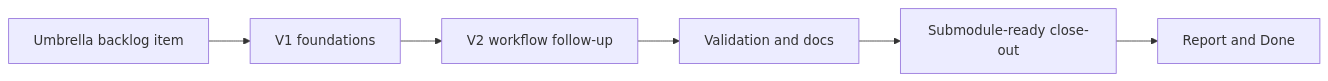
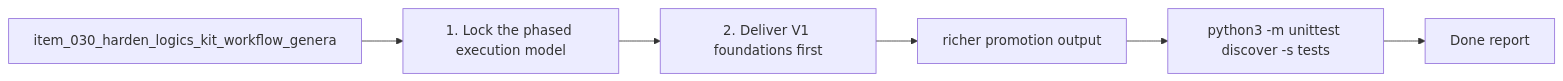
The diagram in logics/tasks/task_024_harden_logics_kit_workflow_generation_and_governance_from_real_usage.md (AlexAgo83/logics-manager), drawn with Mermaid before and after one commit. The commit also changed other lines of this file and 481 other files, not shown here.

Commit message:
Normalize Logics docs and workflow indicators

````diff
--- a/logics/tasks/task_024_harden_logics_kit_workflow_generation_and_governance_from_real_usage.md
+++ b/logics/tasks/task_024_harden_logics_kit_workflow_generation_and_governance_from_real_usage.md
@@ -21,9 +22,10 @@
 ```mermaid
+%% logics-kind: task
 %% logics-signature: task|harden-logics-kit-workflow-generation-an|item-030-harden-logics-kit-workflow-gene|1-lock-the-phased-execution-model|python3-m-unittest-discover-s-tests
 flowchart LR
-    Backlog[Umbrella backlog item] --> Step1[V1 foundations]
-    Step1 --> Step2[V2 workflow follow-up]
-    Step2 --> Step3[Validation and docs]
-    Step3 --> Validation[Submodule-ready close-out]
-    Validation --> Report[Report and Done]
+    Backlog[item_030_harden_logics_kit_workflow_genera] --> Step1[1. Lock the phased execution model]
+    Step1 --> Step2[2. Deliver V1 foundations first]
+    Step2 --> Step3[richer promotion output]
+    Step3 --> Validation[python3 -m unittest discover -s tests]
+    Validation --> Report[Done report]
 ```
````
